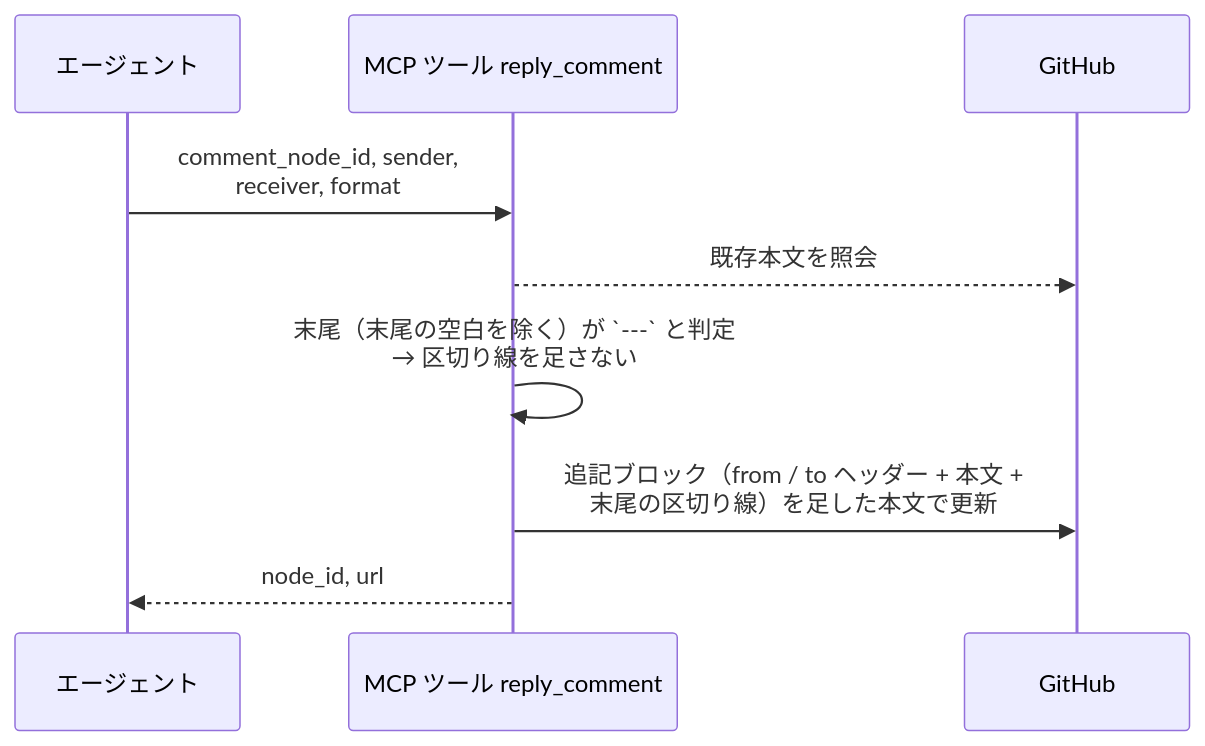
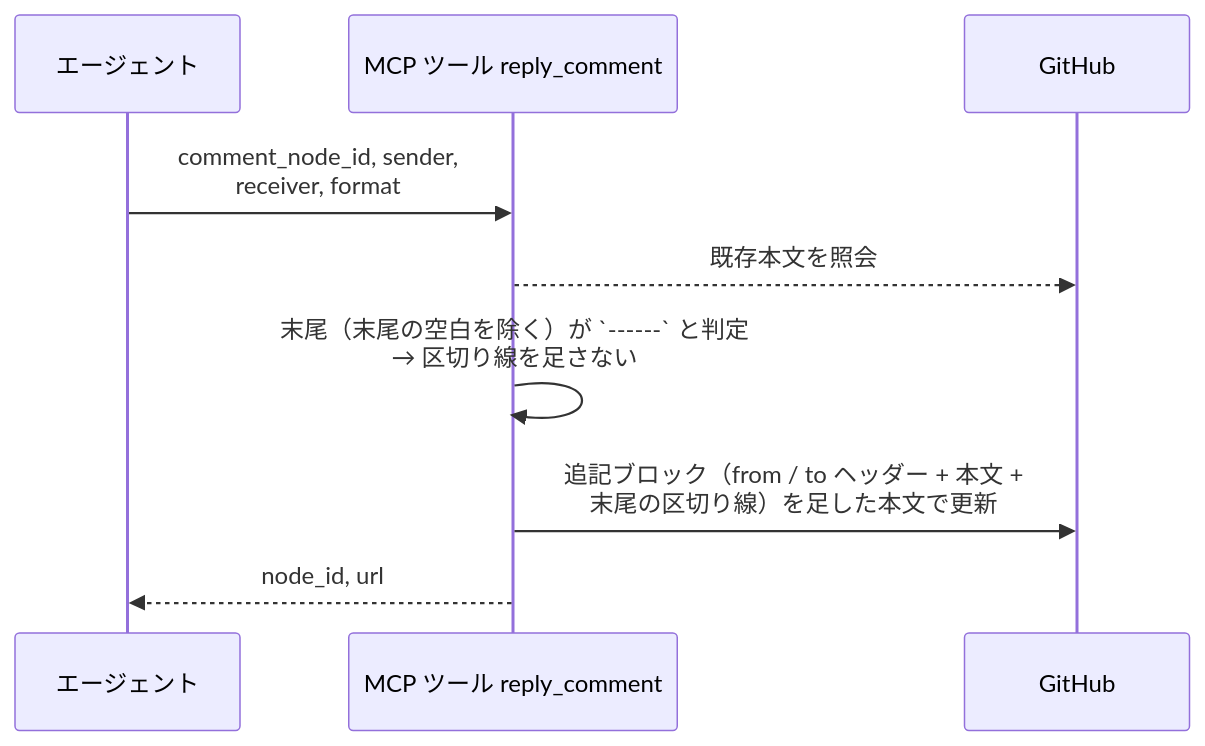
The first of 5 diagrams in docs/wiki/設計図/インターフェース定義/バックエンド/コメント返信.py.md (shuhei1101/ai-monitor), drawn with Mermaid before and after one commit. The commit also changed other lines of this file and 45 other files, not shown here.

````diff
--- a/docs/wiki/設計図/インターフェース定義/バックエンド/コメント返信.py.md
+++ b/docs/wiki/設計図/インターフェース定義/バックエンド/コメント返信.py.md
@@ -101,12 +101,12 @@
 ```mermaid
 sequenceDiagram
   participant A as エージェント
   participant T as MCP ツール reply_comment
   participant GH as GitHub
 
   A->>T: comment_node_id, sender,<br>receiver, format
   T-->>GH: 既存本文を照会
-  T->>T: 末尾（末尾の空白を除く）が `---` と判定<br>→ 区切り線を足さない
+  T->>T: 末尾（末尾の空白を除く）が `------` と判定<br>→ 区切り線を足さない
   T->>GH: 追記ブロック（from / to ヘッダー + 本文 +<br>末尾の区切り線）を足した本文で更新
   T-->>A: node_id, url
 ```
````
